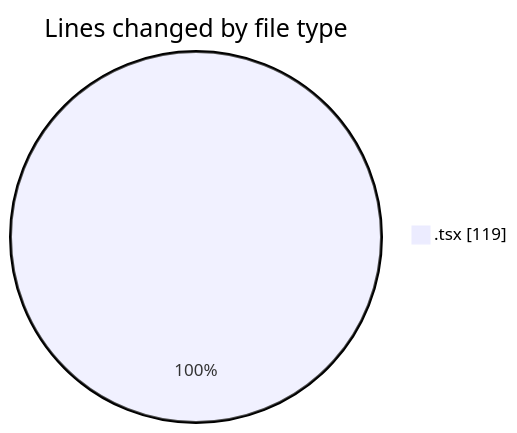
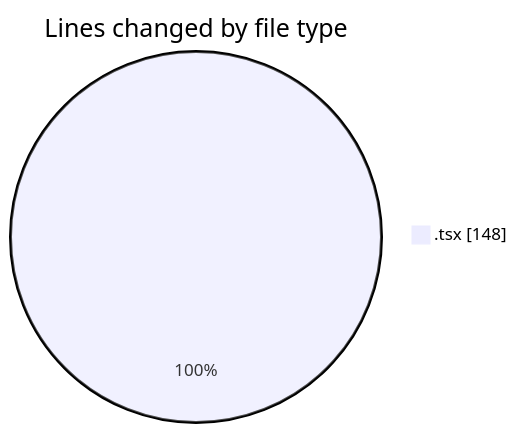
The first of 2 diagrams in 2025-04-10/sungpt/README.md (Elitesun/code-tracking), drawn with Mermaid before and after one commit. The commit also changed other lines of this file and 1 other file, not shown here.

````diff
--- a/2025-04-10/sungpt/README.md
+++ b/2025-04-10/sungpt/README.md
@@ -22,5 +22,5 @@
 ```mermaid
 pie showData
 title Lines changed by file type
-".tsx" : 119
+".tsx" : 148
 ```
````
